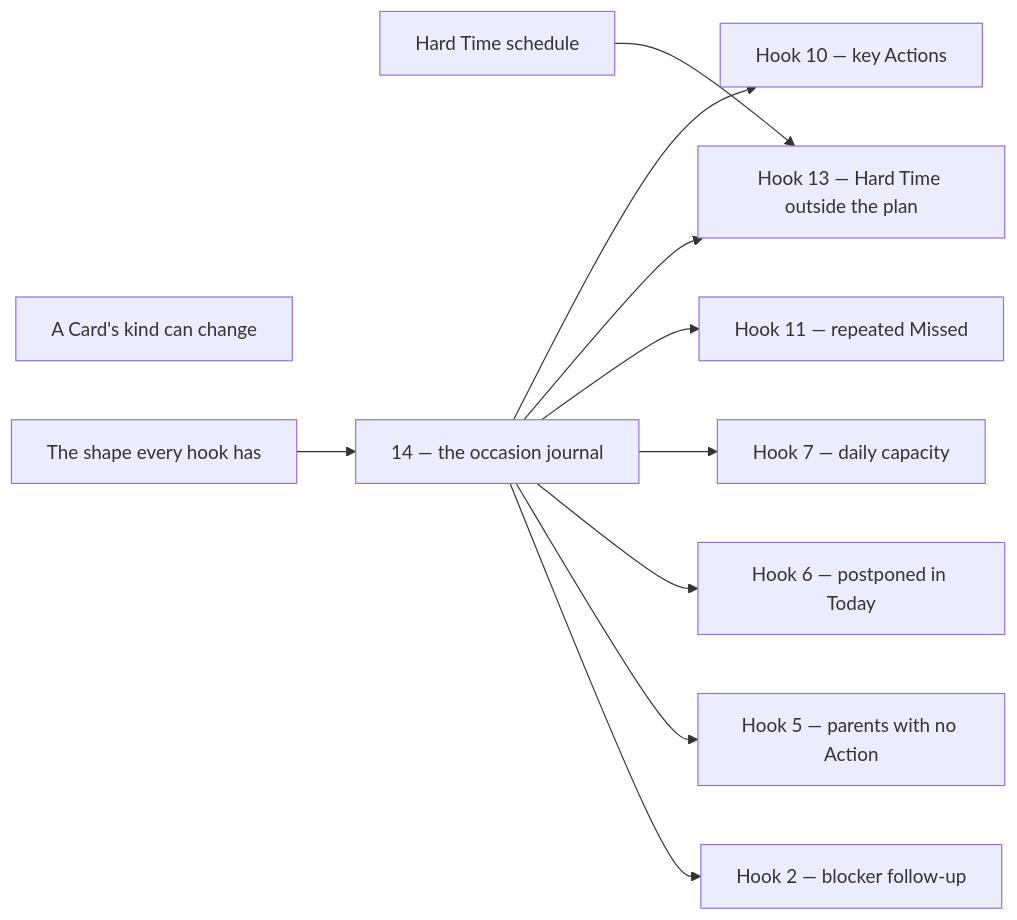
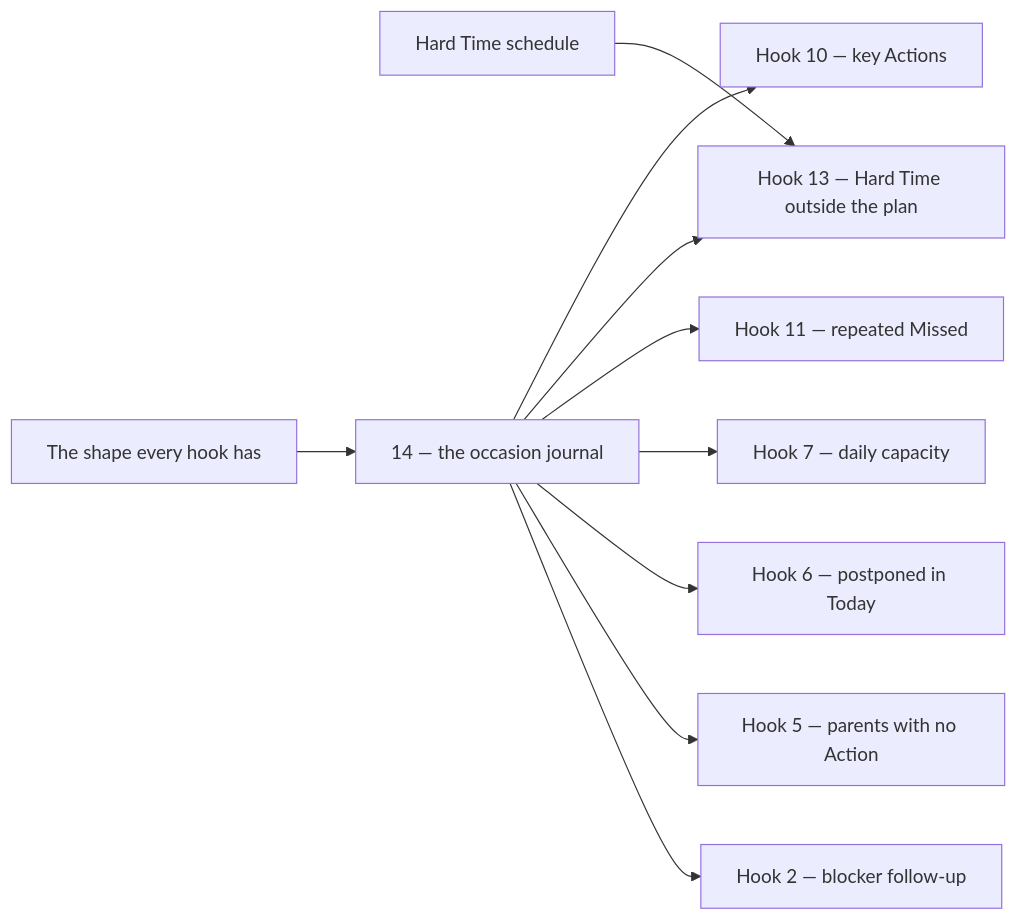
One commit to myvaheed/tg-ai-safwa changed the diagram in docs/PLAN_FEATURES.md. Above: the diagram before and after it, drawn with Mermaid. The commit also changed other lines of this file and 11 other files, not shown here.

````diff
--- a/docs/PLAN_FEATURES.md
+++ b/docs/PLAN_FEATURES.md
@@ -138,16 +145,15 @@
 ```mermaid
 flowchart LR
-  kind["A Card's kind can change"]
   h5["Hook 5 — parents with no Action"]
   h7["Hook 7 — daily capacity"]
   hardtime["Hard Time schedule"] --> h13["Hook 13 — Hard Time outside the plan"]
   h10["Hook 10 — key Actions"]
   shape["The shape every hook has"] --> journal
   journal["14 — the occasion journal"] --> h2["Hook 2 — blocker follow-up"]
   journal --> h5
   journal --> h6["Hook 6 — postponed in Today"]
   journal --> h7
   journal --> h11["Hook 11 — repeated Missed"]
   journal --> h13
   journal --> h10
 ```
````
